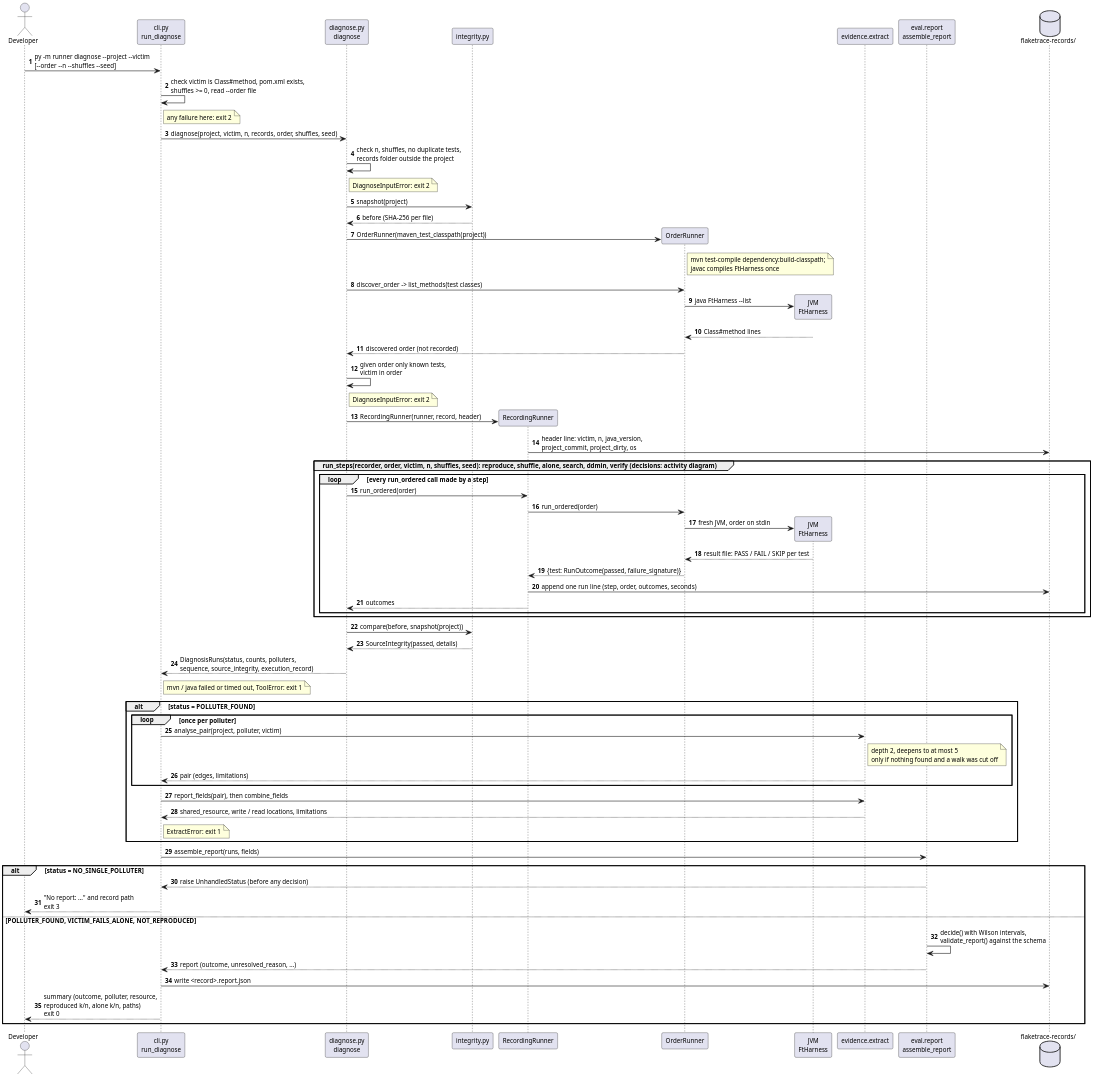
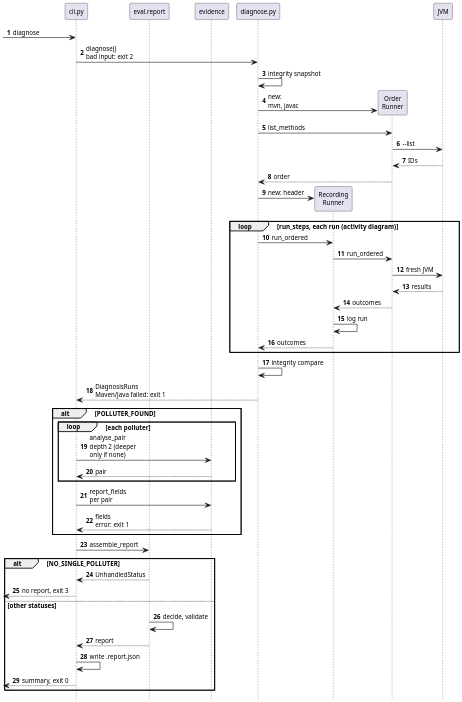
The diagram in mid-eval-report/diagrams/m2/diagnose_sequence.puml (zoyaahmad428/FlakeTrace), drawn with PlantUML before and after one commit. The commit also changed 6 other files, not shown here.

First line of the commit message:
[M2] report: redraw the diagnose sequence and search activity so they print readably

```diff
--- a/mid-eval-report/diagrams/m2/diagnose_sequence.puml
+++ b/mid-eval-report/diagrams/m2/diagnose_sequence.puml
@@ -1,84 +1,63 @@
 @startuml diagnose_sequence
 skinparam dpi 200
 skinparam defaultFontName Helvetica
 skinparam defaultFontSize 11
 skinparam shadowing false
 skinparam sequenceMessageAlign left
-skinparam responseMessageBelowArrow true
+skinparam ParticipantPadding 2
+skinparam BoxPadding 2
+hide footbox
 autonumber
 
-actor Developer as dev
-participant "cli.py\nrun_diagnose" as cli
-participant "diagnose.py\ndiagnose" as diag
-participant "integrity.py" as integ
-participant "RecordingRunner" as rec
-participant "OrderRunner" as orun
-participant "JVM\nFtHarness" as jvm
-participant "evidence.extract" as ext
-participant "eval.report\nassemble_report" as rep
-database "flaketrace-records/" as files
+participant "cli.py" as cli
+participant "eval.report" as rep
+participant "evidence" as ext
+participant "diagnose.py" as diag
+participant "Recording\nRunner" as rec
+participant "Order\nRunner" as orun
+participant "JVM" as jvm
 
-dev -> cli : py -m runner diagnose ~--project ~--victim\n[~--order ~--n ~--shuffles ~--seed]
-cli -> cli : check victim is Class#method, pom.xml exists,\nshuffles >= 0, read ~--order file
-note right of cli : any failure here: exit 2
+[-> cli : diagnose
+cli -> diag : diagnose()\nbad input: exit 2
+diag -> diag : integrity snapshot
+diag -> orun ** : new:\nmvn, javac
+diag -> orun : list_methods
+orun -> jvm : ~--list
+jvm --> orun : IDs
+orun --> diag : order
+diag -> rec ** : new: header
 
-cli -> diag : diagnose(project, victim, n, records, order, shuffles, seed)
-diag -> diag : check n, shuffles, no duplicate tests,\nrecords folder outside the project
-note right of diag : DiagnoseInputError: exit 2
-
-diag -> integ : snapshot(project)
-integ --> diag : before (SHA-256 per file)
-
-diag -> orun ** : OrderRunner(maven_test_classpath(project))
-note right of orun : mvn test-compile dependency:build-classpath;\njavac compiles FtHarness once
-diag -> orun : discover_order -> list_methods(test classes)
-orun -> jvm ** : java FtHarness ~--list
-jvm --> orun : Class#method lines
-orun --> diag : discovered order (not recorded)
-diag -> diag : given order only known tests,\nvictim in order
-note right of diag : DiagnoseInputError: exit 2
-
-diag -> rec ** : RecordingRunner(runner, record, header)
-rec -> files : header line: victim, n, java_version,\nproject_commit, project_dirty, os
-
-group run_steps(recorder, order, victim, n, shuffles, seed): reproduce, shuffle, alone, search, ddmin, verify (decisions: activity diagram)
-  loop every run_ordered call made by a step
-    diag -> rec : run_ordered(order)
-    rec -> orun : run_ordered(order)
-    orun -> jvm ** : fresh JVM, order on stdin
-    jvm --> orun : result file: PASS / FAIL / SKIP per test
-    orun --> rec : {test: RunOutcome(passed, failure_signature)}
-    rec -> files : append one run line (step, order, outcomes, seconds)
-    rec --> diag : outcomes
-  end
+loop run_steps, each run (activity diagram)
+  diag -> rec : run_ordered
+  rec -> orun : run_ordered
+  orun -> jvm : fresh JVM
+  jvm --> orun : results
+  orun --> rec : outcomes
+  rec -> rec : log run
+  rec --> diag : outcomes
 end
 
-diag -> integ : compare(before, snapshot(project))
-integ --> diag : SourceIntegrity(passed, details)
-diag --> cli : DiagnosisRuns(status, counts, polluters,\nsequence, source_integrity, execution_record)
-note right of cli : mvn / java failed or timed out, ToolError: exit 1
+diag -> diag : integrity compare
+diag --> cli : DiagnosisRuns\nMaven/Java failed: exit 1
 
-alt status = POLLUTER_FOUND
-  loop once per polluter
-    cli -> ext : analyse_pair(project, polluter, victim)
-    note right of ext : depth 2, deepens to at most 5\nonly if nothing found and a walk was cut off
-    ext --> cli : pair (edges, limitations)
+alt POLLUTER_FOUND
+  loop each polluter
+    cli -> ext : analyse_pair\ndepth 2 (deeper\nonly if none)
+    ext --> cli : pair
   end
-  cli -> ext : report_fields(pair), then combine_fields
-  ext --> cli : shared_resource, write / read locations, limitations
-  note right of cli : ExtractError: exit 1
+  cli -> ext : report_fields\nper pair
+  ext --> cli : fields\nerror: exit 1
 end
 
-cli -> rep : assemble_report(runs, fields)
-
-alt status = NO_SINGLE_POLLUTER
-  rep --> cli : raise UnhandledStatus (before any decision)
-  cli --> dev : "No report: ..." and record path\nexit 3
-else POLLUTER_FOUND, VICTIM_FAILS_ALONE, NOT_REPRODUCED
-  rep -> rep : decide() with Wilson intervals,\nvalidate_report() against the schema
-  rep --> cli : report (outcome, unresolved_reason, ...)
-  cli -> files : write <record>.report.json
-  cli --> dev : summary (outcome, polluter, resource,\nreproduced k/n, alone k/n, paths)\nexit 0
+cli -> rep : assemble_report
+alt NO_SINGLE_POLLUTER
+  rep --> cli : UnhandledStatus
+  [<-- cli : no report, exit 3
+else other statuses
+  rep -> rep : decide, validate
+  rep --> cli : report
+  cli -> cli : write .report.json
+  [<-- cli : summary, exit 0
 end
 
 @enduml
```
